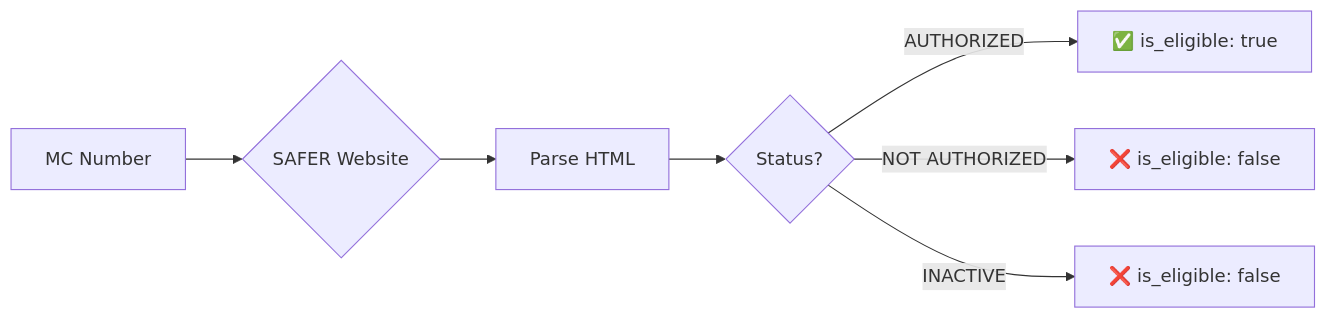
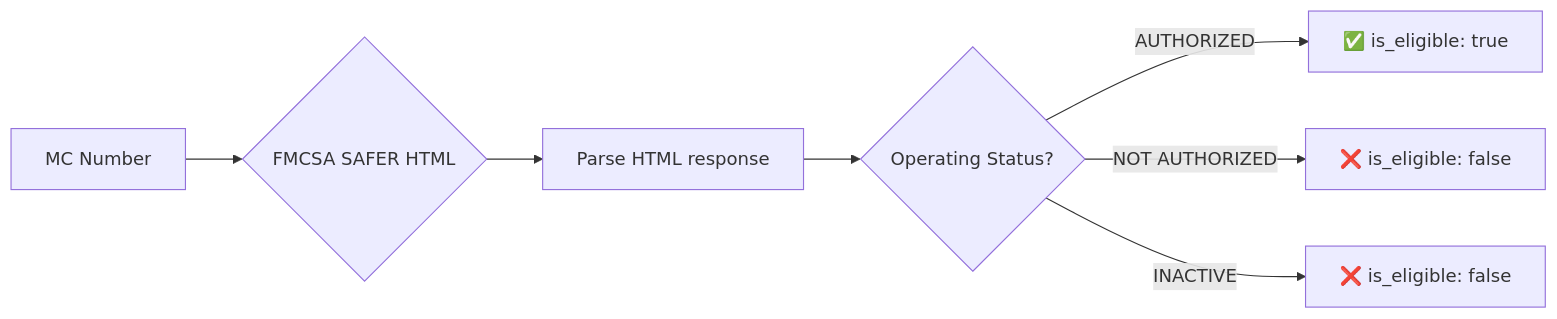
One commit to miguelpalospou/happy-robot-challenge changed the eighth of 13 diagrams in README.md. Above: the diagram before and after it, drawn with Mermaid. The commit also changed other lines of this file, not shown here.

First line of the commit message:
docs: fix negotiation formula, FMCSA scraping, margins and add missing outcomes

````diff
--- a/README.md
+++ b/README.md
@@ -447,9 +458,9 @@
 ```mermaid
 flowchart LR
-    A[MC Number] --> B{SAFER Website}
-    B --> C[Parse HTML]
-    C --> D{Status?}
+    A[MC Number] --> B{FMCSA SAFER HTML}
+    B --> C[Parse HTML response]
+    C --> D{Operating Status?}
     D -->|AUTHORIZED| E[✅ is_eligible: true]
     D -->|NOT AUTHORIZED| F[❌ is_eligible: false]
     D -->|INACTIVE| G[❌ is_eligible: false]
 ```
````
